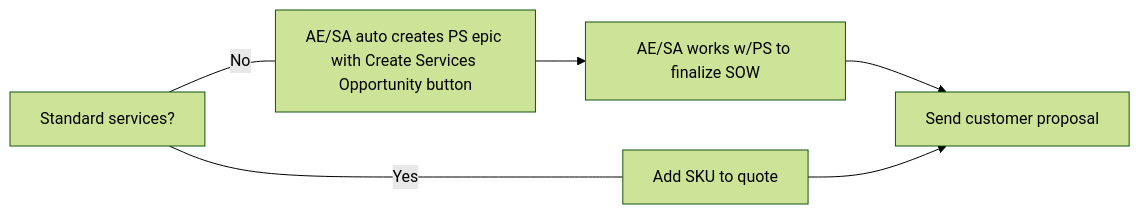
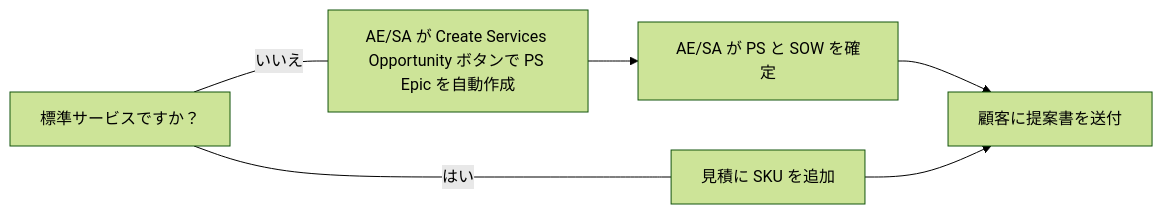
The diagram in content/handbook/customer-experience/professional-services-engineering/selling.md (kyama0/gitlab-handbook-ja), drawn with Mermaid (forest theme) before and after one commit. The commit also changed 12 other files, not shown here.

````diff
--- a/content/handbook/customer-experience/professional-services-engineering/selling.md
+++ b/content/handbook/customer-experience/professional-services-engineering/selling.md
@@ -30,9 +30,9 @@
 ```mermaid
 graph LR;
-  a["Standard services?"]-- Yes ---b["Add SKU to quote"];
-  a-- No ---c["AE/SA auto creates PS epic with Create Services Opportunity button"];
-  c-->d["AE/SA works w/PS to finalize SOW"];
-  z["Send customer proposal"];
+  a["標準サービスですか？"]-- はい ---b["見積に SKU を追加"];
+  a-- いいえ ---c["AE/SA が Create Services Opportunity ボタンで PS Epic を自動作成"];
+  c-->d["AE/SA が PS と SOW を確定"];
+  z["顧客に提案書を送付"];
   d-->z;
   b-->z;
 ```
````
